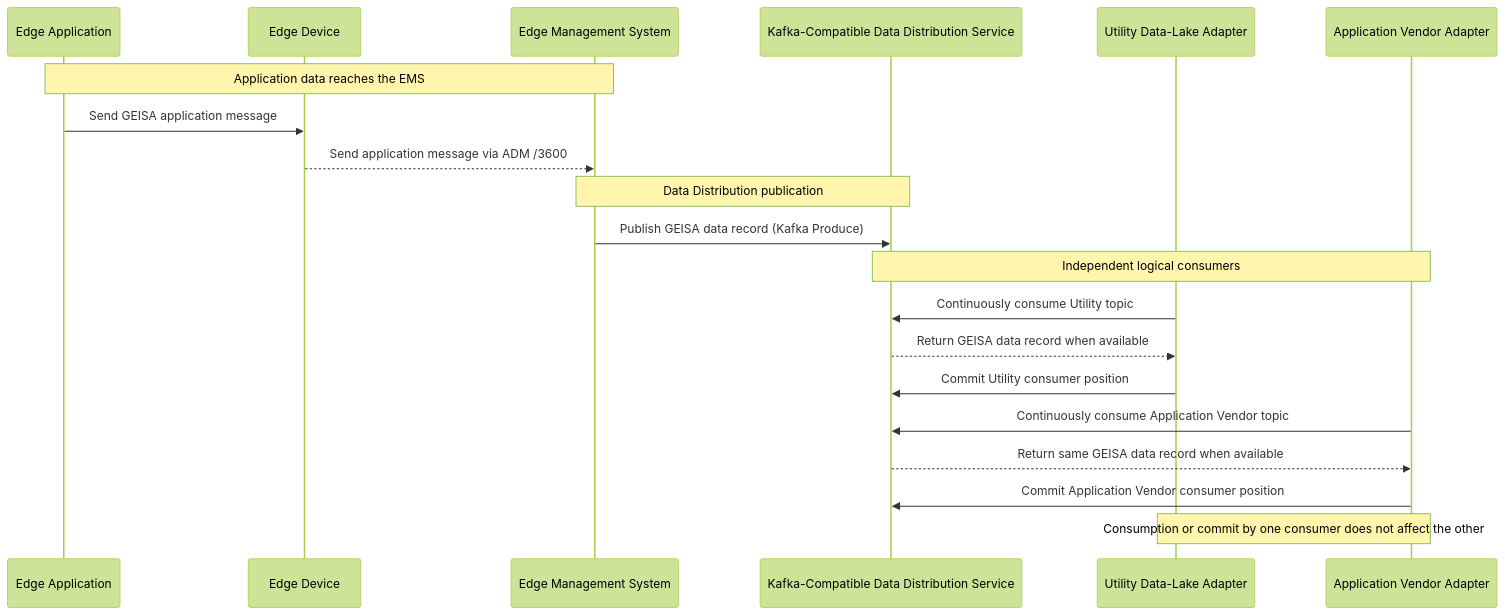
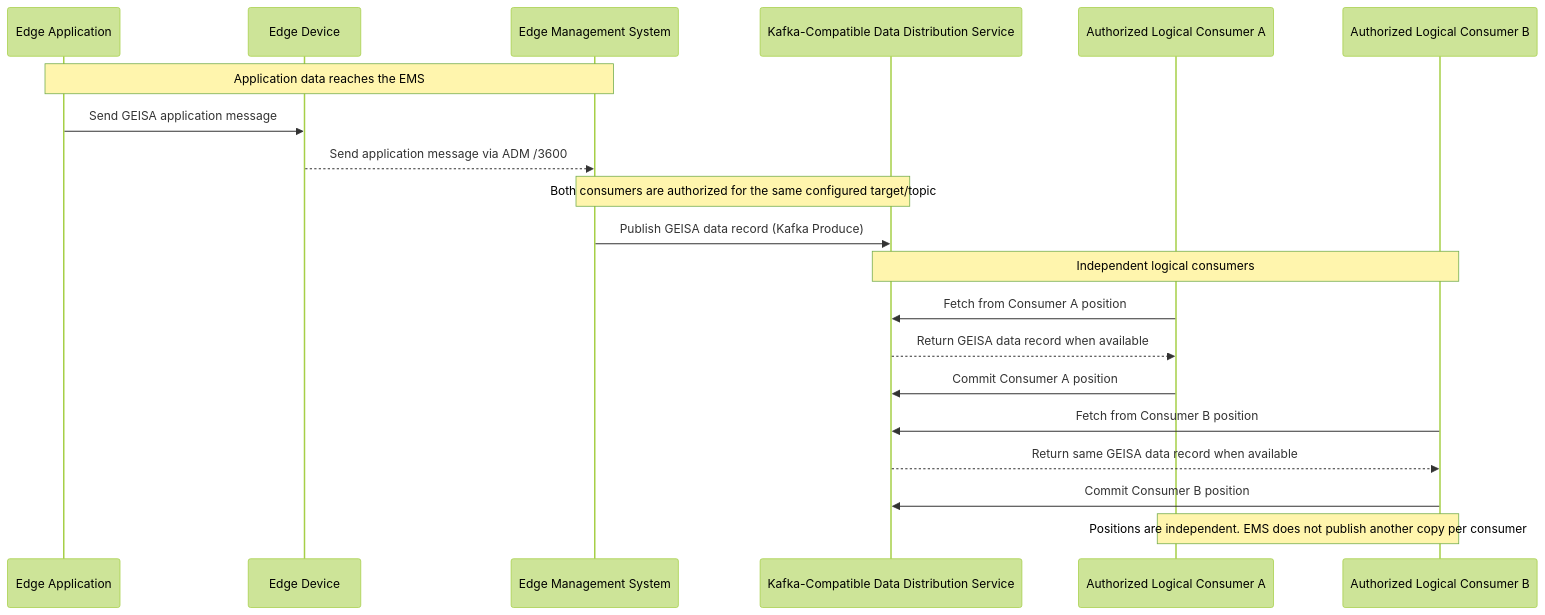
Before and after one commit to geisa/specification: the diagram in source/adm/data-distribution-multiple-consumers.mermaid, drawn with Mermaid (forest theme). The commit also changed 21 other files, not shown here.

Commit message:
Refined ADM Data Distribution and app messaging

```diff
--- a/source/adm/data-distribution-multiple-consumers.mermaid
+++ b/source/adm/data-distribution-multiple-consumers.mermaid
@@ -1,25 +1,25 @@
 sequenceDiagram
 participant A as Edge Application
 participant D as Edge Device
 participant E as Edge Management System
 participant K as Kafka-Compatible Data Distribution Service
-participant U as Utility Data-Lake Adapter
-participant V as Application Vendor Adapter
+participant U as Authorized Logical Consumer A
+participant V as Authorized Logical Consumer B
 
 Note over A,E: Application data reaches the EMS
 A->>D: Send GEISA application message
 D-->>E: Send application message via ADM /3600
 
-Note over E,K: Data Distribution publication
+Note over E,K: Both consumers are authorized for the same configured target/topic
 E->>K: Publish GEISA data record (Kafka Produce)
 
 Note over K,V: Independent logical consumers
-U->>K: Continuously consume Utility topic
+U->>K: Fetch from Consumer A position
 K-->>U: Return GEISA data record when available
-U->>K: Commit Utility consumer position
+U->>K: Commit Consumer A position
 
-V->>K: Continuously consume Application Vendor topic
+V->>K: Fetch from Consumer B position
 K-->>V: Return same GEISA data record when available
-V->>K: Commit Application Vendor consumer position
+V->>K: Commit Consumer B position
 
-Note over U,V: Consumption or commit by one consumer does not affect the other
+Note over U,V: Positions are independent. EMS does not publish another copy per consumer
```
